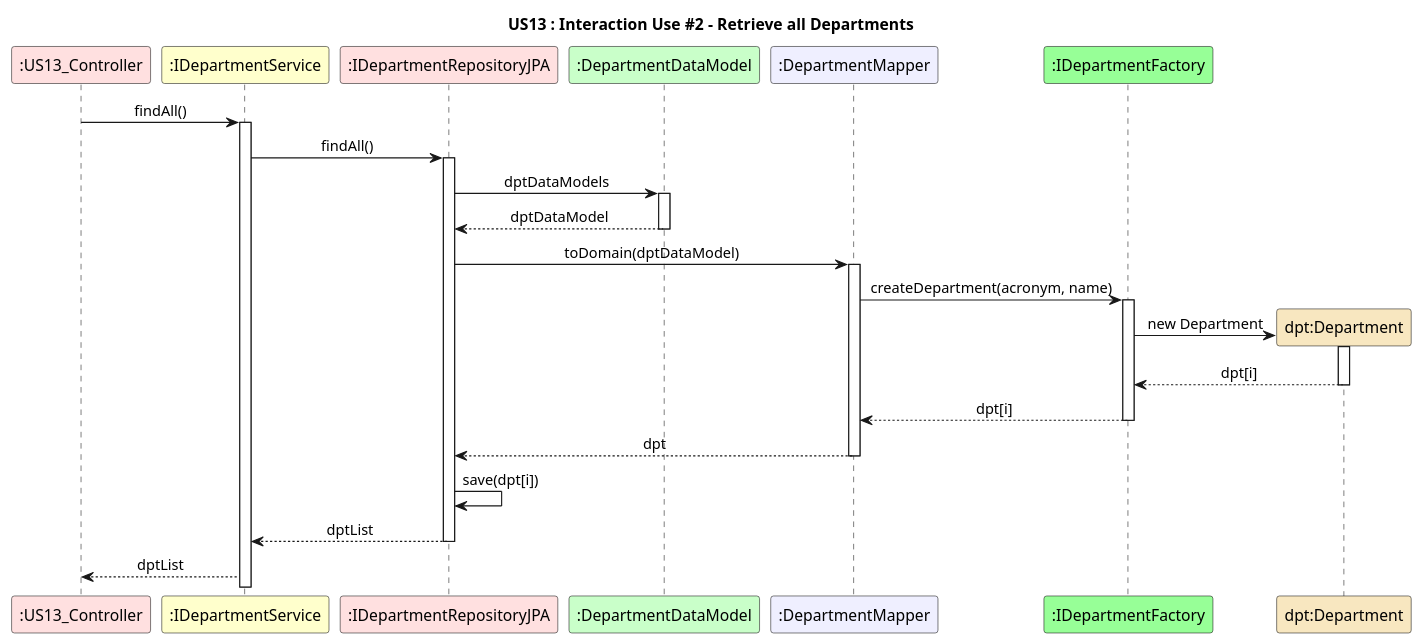
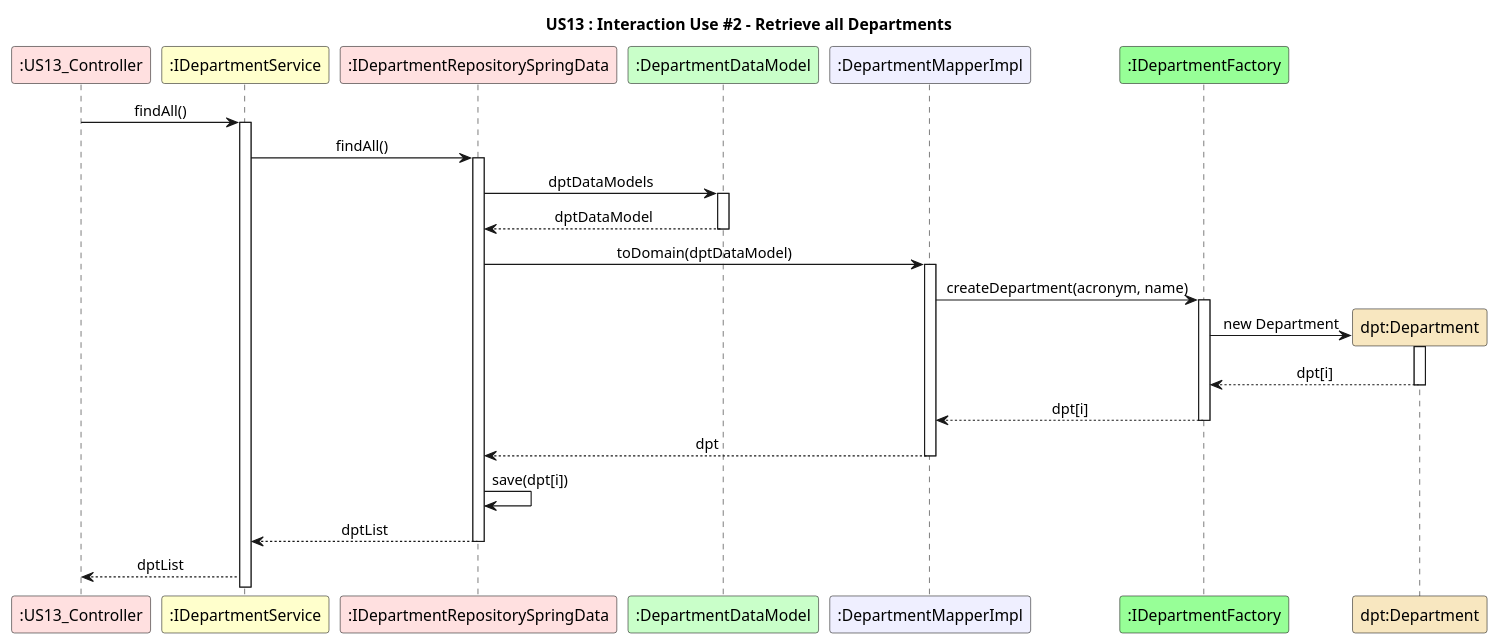
One commit to GasparISEP/DevOps-PAI changed the diagram in docs/US13/Documentation_SpringData_JPA/US13_SD_Interaction_Use_#2.puml. Above: the diagram before and after it, drawn with PlantUML. The commit also changed 5 other files, not shown here.

Commit message:
Refactored Sequence and Class Diagrams regarding SpringData. Refs #266

```diff
--- a/docs/US13/Documentation_SpringData_JPA/US13_SD_Interaction_Use_#2.puml
+++ b/docs/US13/Documentation_SpringData_JPA/US13_SD_Interaction_Use_#2.puml
@@ -1,39 +1,39 @@
 @startuml
 
 title US13 : Interaction Use #2 - Retrieve all Departments
 skinparam sequenceMessageAlign center
 
 participant ":US13_Controller" as controller #implementation
 participant ":IDepartmentService" as IdptService #business
-participant ":IDepartmentRepositoryJPA" as IdptRepoJPA #implementation
+participant ":IDepartmentRepositorySpringData" as IdptRepoJPA #implementation
 participant ":DepartmentDataModel" as dptDataModel #technology
-participant ":DepartmentMapper" as dptMapper #motivation
+participant ":DepartmentMapperImpl" as dptMapper #motivation
 participant ":IDepartmentFactory" as dptFactory #physical
 participant "dpt:Department" as dpt #strategy
 
 
 controller -> IdptService : findAll()
 activate IdptService
 IdptService -> IdptRepoJPA : findAll()
 activate IdptRepoJPA
 IdptRepoJPA -> dptDataModel : dptDataModels
 activate dptDataModel
 dptDataModel --> IdptRepoJPA : dptDataModel
 deactivate dptDataModel
 IdptRepoJPA -> dptMapper : toDomain(dptDataModel)
 activate dptMapper
 dptMapper -> dptFactory : createDepartment(acronym, name)
 activate dptFactory
 dptFactory -> dpt** : new Department
 activate dpt
 dpt --> dptFactory : dpt[i]
 deactivate dpt
 dptFactory --> dptMapper : dpt[i]
 deactivate dptFactory
 dptMapper --> IdptRepoJPA : dpt
 deactivate dptMapper
 IdptRepoJPA -> IdptRepoJPA : save(dpt[i])
 IdptRepoJPA --> IdptService : dptList
 deactivate IdptRepoJPA
 IdptService --> controller : dptList
 @enduml
```
